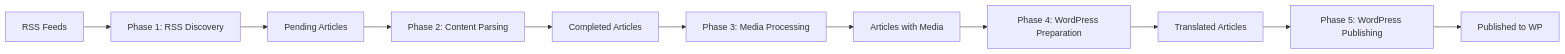
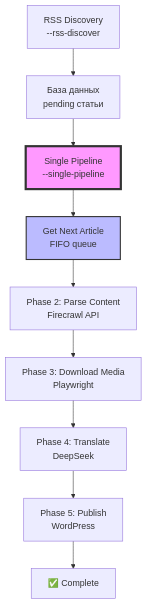
The diagram in docs/architecture.md (Jenny-Gump/ainews-clean), drawn with Mermaid before and after one commit. The commit also changed other lines of this file and 3970 other files, not shown here.

````diff
--- a/docs/architecture.md
+++ b/docs/architecture.md
@@ -36,13 +41,14 @@
 ```mermaid
-graph LR
-    A[RSS Feeds] --> B[Phase 1: RSS Discovery]
-    B --> C[Pending Articles]
-    C --> D[Phase 2: Content Parsing]
-    D --> E[Completed Articles]
-    E --> F[Phase 3: Media Processing]
-    F --> G[Articles with Media]
-    G --> H[Phase 4: WordPress Preparation]
-    H --> I[Translated Articles]
-    I --> J[Phase 5: WordPress Publishing]
-    J --> K[Published to WP]
+graph TD
+    A[RSS Discovery<br/>--rss-discover] --> B[База данных<br/>pending статьи]
+    B --> C[Single Pipeline<br/>--single-pipeline]
+    C --> D[Get Next Article<br/>FIFO queue]
+    D --> E[Phase 2: Parse Content<br/>Firecrawl API]
+    E --> F[Phase 3: Download Media<br/>Playwright]
+    F --> G[Phase 4: Translate<br/>DeepSeek]
+    G --> H[Phase 5: Publish<br/>WordPress]
+    H --> I[✅ Complete]
+    
+    style C fill:#f9f,stroke:#333,stroke-width:4px
+    style D fill:#bbf,stroke:#333,stroke-width:2px
 ```
````
